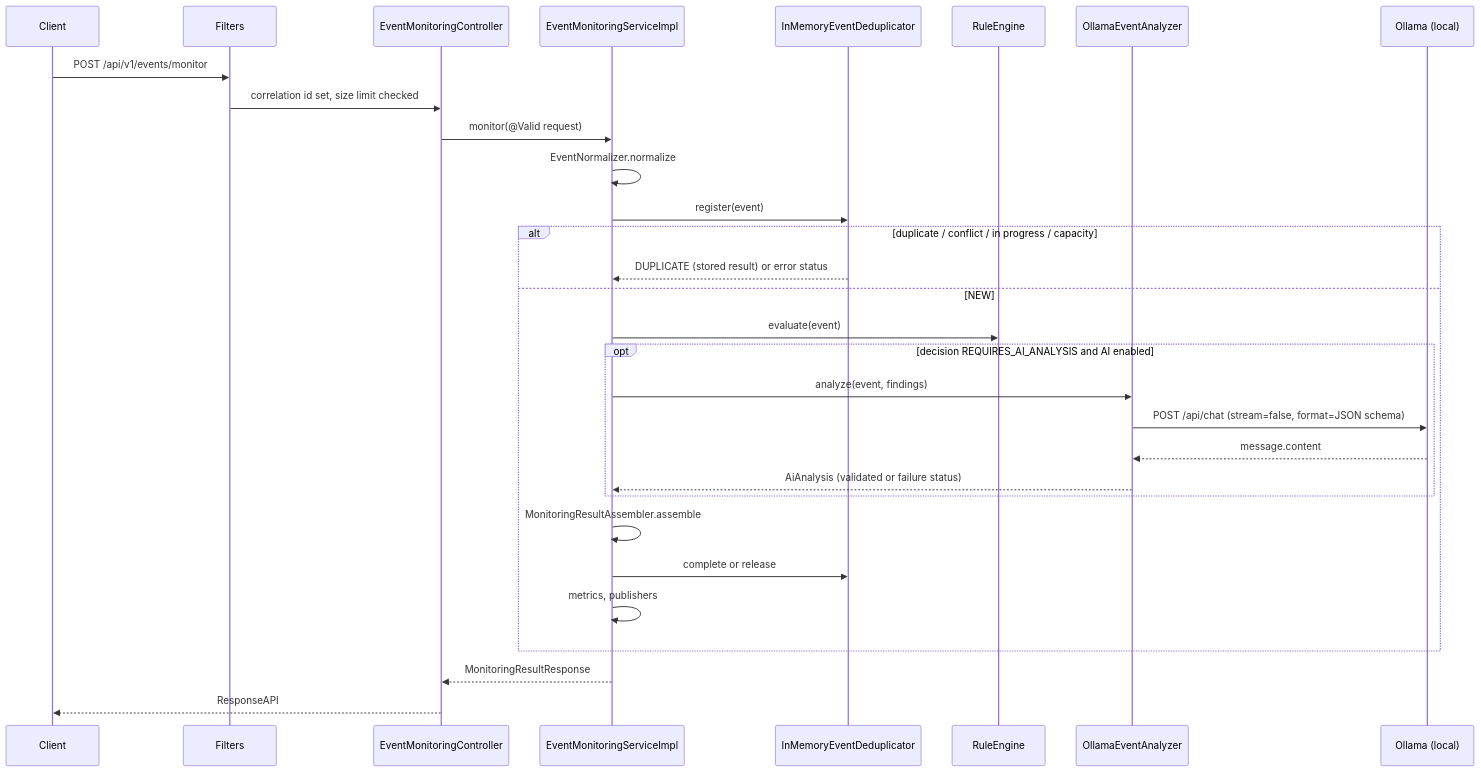
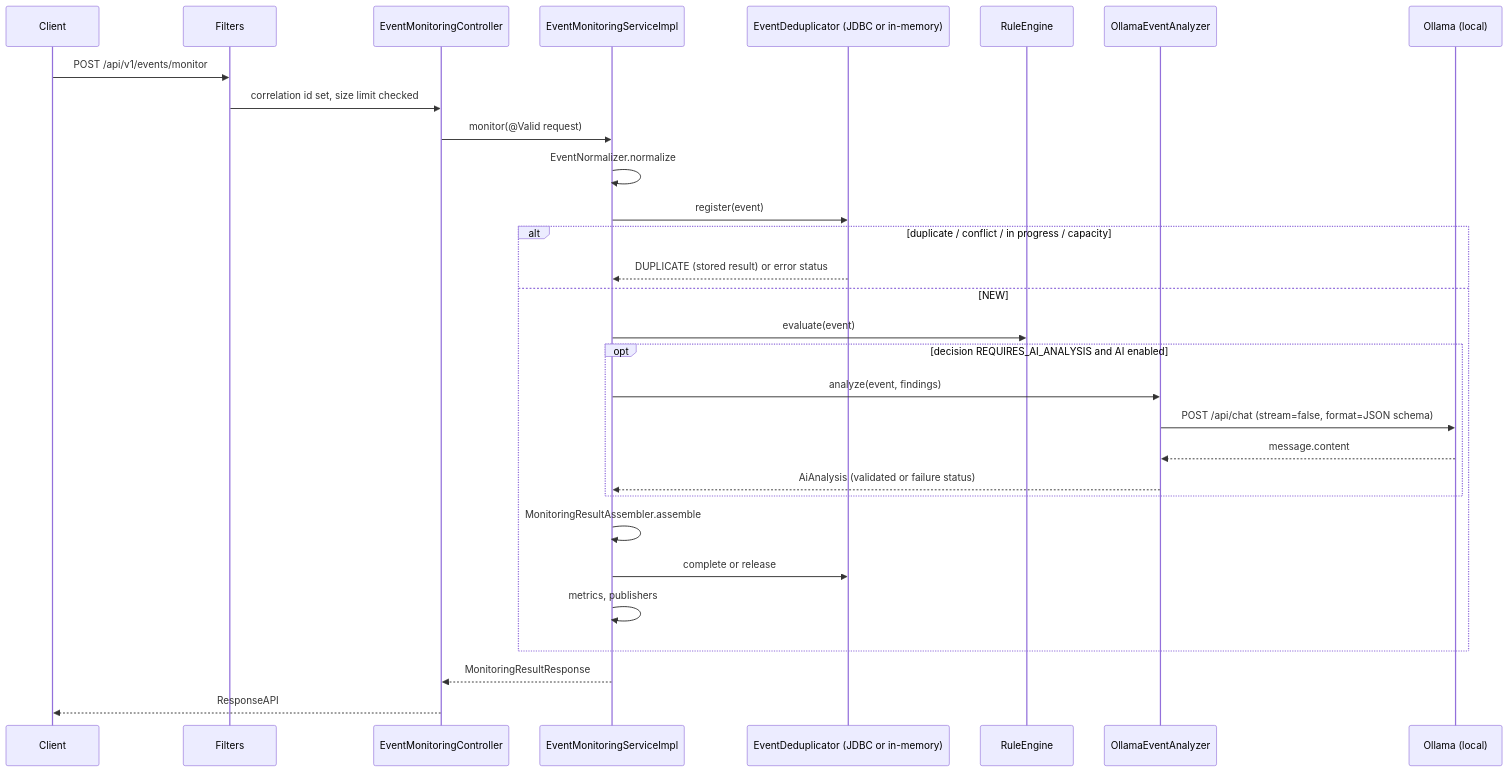
Before and after one commit to TronkIshere/rise-ai: the second of 2 diagrams in rise-ai-monitoring/docs/ARCHITECTURE.md, drawn with Mermaid. The commit also changed other lines of this file and 60 other files, not shown here.

````diff
--- a/rise-ai-monitoring/docs/ARCHITECTURE.md
+++ b/rise-ai-monitoring/docs/ARCHITECTURE.md
@@ -73,32 +73,32 @@
 ```mermaid
 sequenceDiagram
   participant C as Client
   participant F as Filters
   participant Ctl as EventMonitoringController
   participant S as EventMonitoringServiceImpl
-  participant D as InMemoryEventDeduplicator
+  participant D as EventDeduplicator (JDBC or in-memory)
   participant R as RuleEngine
   participant A as OllamaEventAnalyzer
   participant O as Ollama (local)
   C->>F: POST /api/v1/events/monitor
   F->>Ctl: correlation id set, size limit checked
   Ctl->>S: monitor(@Valid request)
   S->>S: EventNormalizer.normalize
   S->>D: register(event)
   alt duplicate / conflict / in progress / capacity
     D-->>S: DUPLICATE (stored result) or error status
   else NEW
     S->>R: evaluate(event)
     opt decision REQUIRES_AI_ANALYSIS and AI enabled
       S->>A: analyze(event, findings)
       A->>O: POST /api/chat (stream=false, format=JSON schema)
       O-->>A: message.content
       A-->>S: AiAnalysis (validated or failure status)
     end
     S->>S: MonitoringResultAssembler.assemble
     S->>D: complete or release
     S->>S: metrics, publishers
   end
   S-->>Ctl: MonitoringResultResponse
   Ctl-->>C: ResponseAPI
 ```
````
